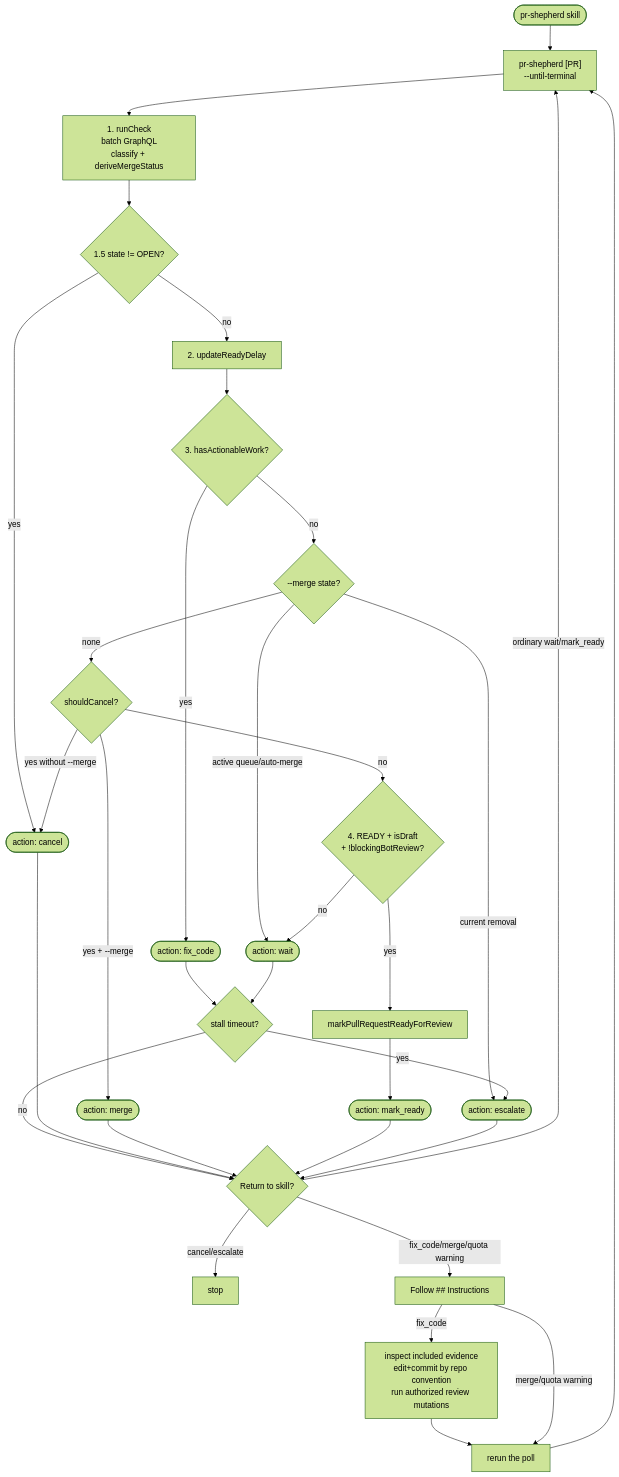
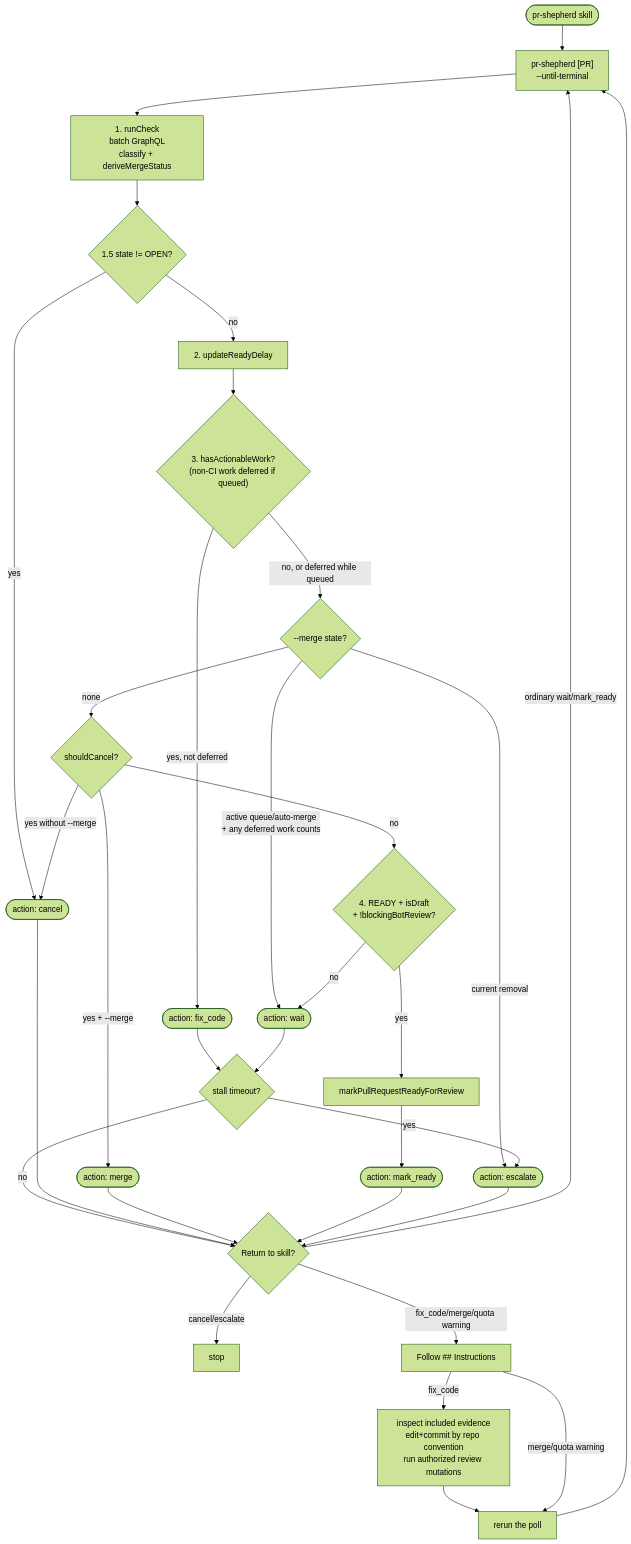
One commit to jonathanong/pr-shepherd changed the diagram in docs/iterate-flow.md. Above: the diagram before and after it, drawn with Mermaid (forest theme). The commit also changed other lines of this file and 29 other files, not shown here.

First line of the commit message:
fix(iterate): defer non-CI actionable work while a PR is in the merge queue (#401)

````diff
--- a/docs/iterate-flow.md
+++ b/docs/iterate-flow.md
@@ -9,40 +9,40 @@
 ```mermaid
 flowchart TD
   U(["pr-shepherd skill"]) --> POLL["pr-shepherd [PR]<br/>--until-terminal"]
 
   POLL --> S1["1. runCheck<br/>batch GraphQL<br/>classify + deriveMergeStatus"]
 
   S1 --> S15{"1.5 state != OPEN?"}
   S15 -->|yes| A_CAN(["action: cancel"])
   S15 -->|no| S2["2. updateReadyDelay"]
-  S2 --> S3{"3. hasActionableWork?"}
-  S3 -->|yes| A_FIX(["action: fix_code"])
-  S3 -->|no| SM{"--merge state?"}
-  SM -->|active queue/auto-merge| A_W(["action: wait"])
+  S2 --> S3{"3. hasActionableWork?<br/>(non-CI work deferred if queued)"}
+  S3 -->|yes, not deferred| A_FIX(["action: fix_code"])
+  S3 -->|no, or deferred while queued| SM{"--merge state?"}
+  SM -->|active queue/auto-merge<br/>+ any deferred work counts| A_W(["action: wait"])
   SM -->|current removal| A_ESC(["action: escalate"])
   SM -->|none| S2C{"shouldCancel?"}
   S2C -->|yes + --merge| A_MERGE(["action: merge"])
   S2C -->|yes without --merge| A_CAN
   S2C -->|no| S4{"4. READY + isDraft<br/>+ !blockingBotReview?"}
   S4 -->|yes| S4X["markPullRequestReadyForReview"]
   S4X --> A_MR(["action: mark_ready"])
   S4 -->|no| A_W(["action: wait"])
 
   A_FIX --> STALL{"stall timeout?"}
   A_W --> STALL
   STALL -->|yes| A_ESC(["action: escalate"])
   STALL -->|no| RESULT{"Return to skill?"}
 
   A_CAN --> RESULT
   A_MERGE --> RESULT
   A_MR --> RESULT
   A_ESC --> RESULT
 
   RESULT -->|ordinary wait/mark_ready| POLL
   RESULT -->|cancel/escalate| STOP["stop"]
   RESULT -->|fix_code/merge/quota warning| DEC["Follow ## Instructions"]
   DEC -->|fix_code| FIX["inspect included evidence<br/>edit+commit by repo convention<br/>run authorized review mutations"]
   FIX --> RERUN["rerun the poll"]
   DEC -->|merge/quota warning| RERUN
   RERUN --> POLL
 ```
````
